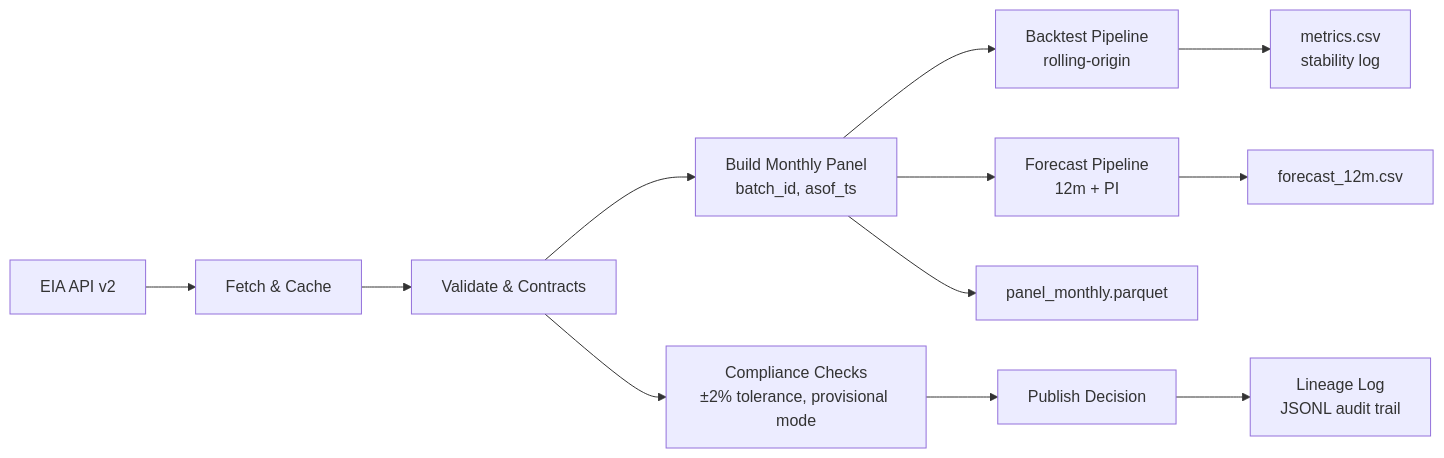
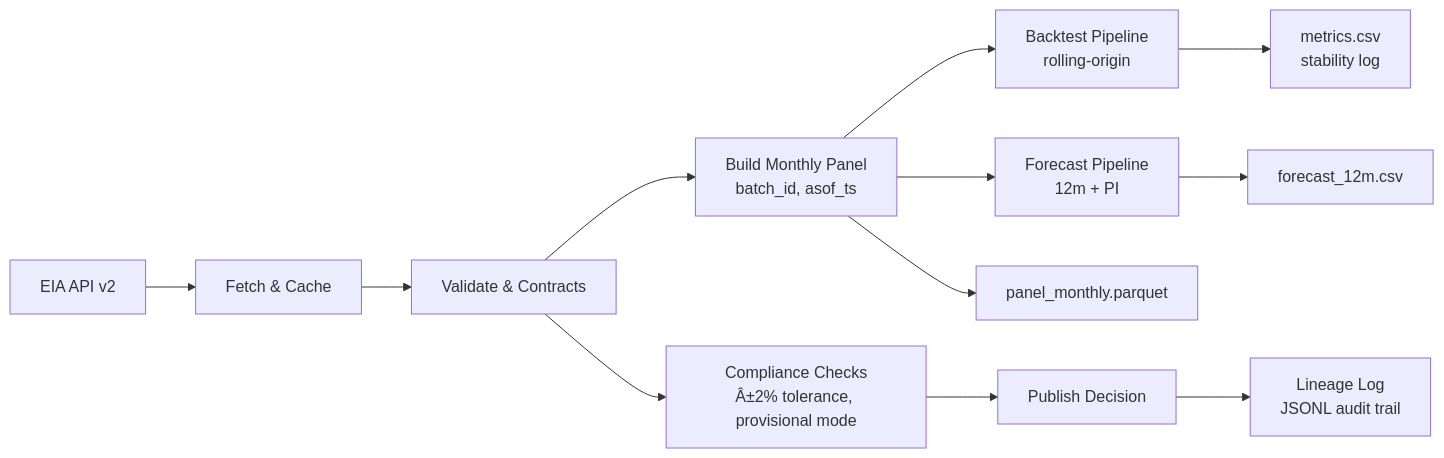
The first of 2 diagrams in docs/architecture.md (bkjohn2018/fuel-tracker), drawn with Mermaid before and after one commit. The commit also changed other lines of this file, not shown here.

Commit message:
docs(mermaid): replace combined edge with explicit F->H and G->H; normalize line endings to LF

````diff
--- a/docs/architecture.md
+++ b/docs/architecture.md
@@ -8,14 +8,14 @@
 ```mermaid
 flowchart LR
     A[EIA API v2] --> B[Fetch & Cache]
     B --> C[Validate & Contracts]
     C --> D[Build Monthly Panel<br/>batch_id, asof_ts]
     D --> E[Backtest Pipeline<br/>rolling-origin]
     D --> F[Forecast Pipeline<br/>12m + PI]
     E --> G[metrics.csv<br/>stability log]
     F --> H[forecast_12m.csv]
     D --> I[panel_monthly.parquet]
-    C --> J[Compliance Checks<br/>±2% tolerance, provisional mode]
+    C --> J[Compliance Checks<br/>Â±2% tolerance, provisional mode]
     J --> K[Publish Decision]
     K --> L[Lineage Log<br/>JSONL audit trail]
 ```
````
